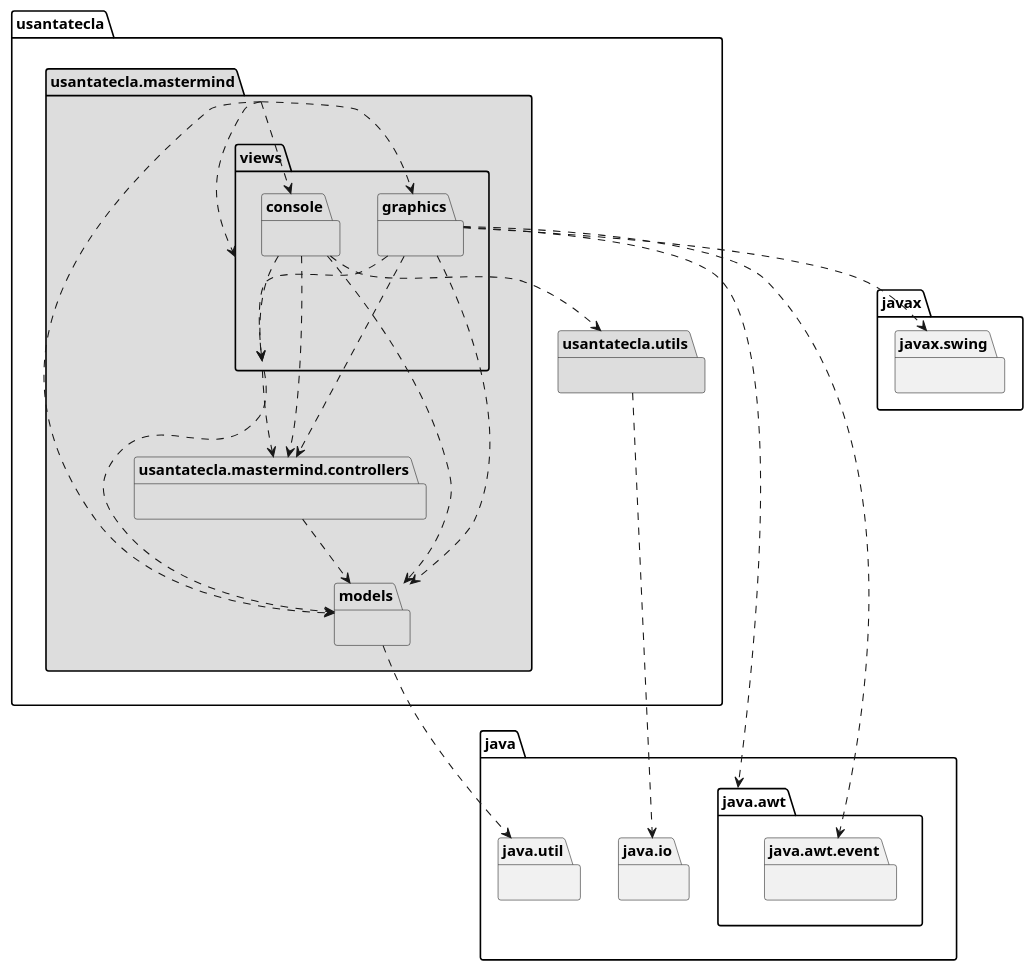
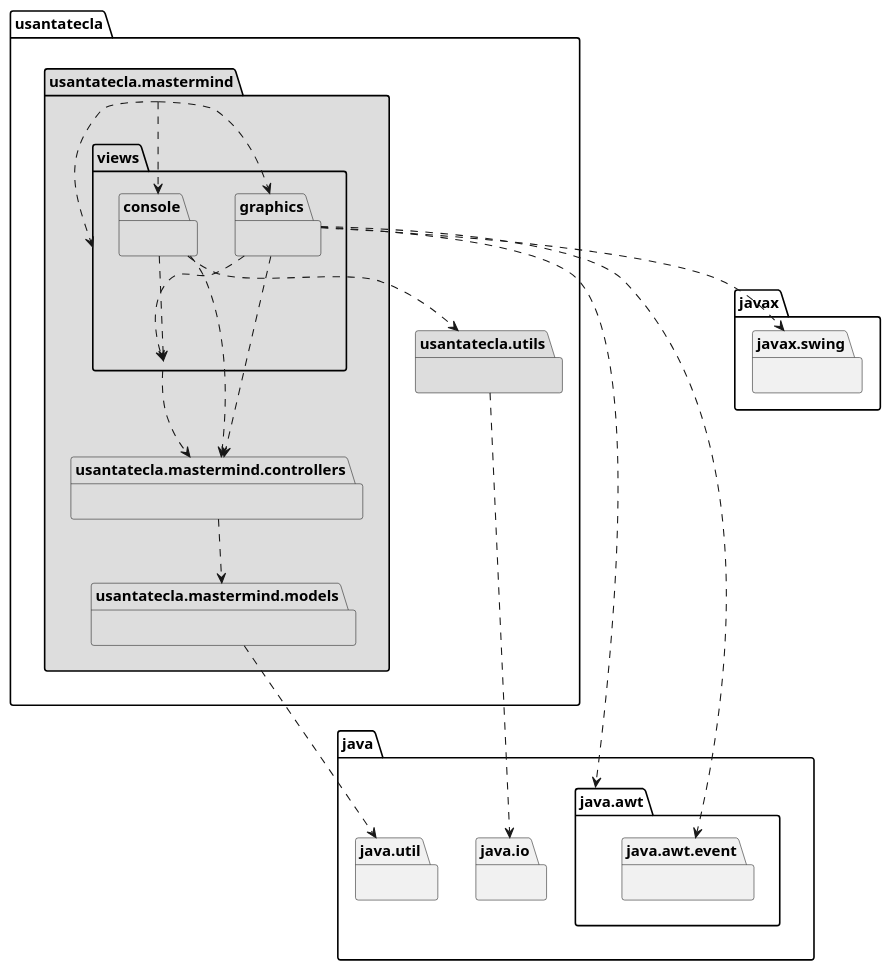
Before and after one commit to SantaTecla-mastermind/solution.java.swing.socket.sql: the diagram in modelViewPresenter/presentationModel/basic/docs/diagrams/src/arquitectura.plantuml, drawn with PlantUML. The commit also changed 4 other files, not shown here.

Commit message:
[mvp.pm.basic] Refactor diagrams

```diff
--- a/modelViewPresenter/presentationModel/basic/docs/diagrams/src/arquitectura.plantuml
+++ b/modelViewPresenter/presentationModel/basic/docs/diagrams/src/arquitectura.plantuml
@@ -1,41 +1,37 @@
 @startuml arquitectura
 
 package usantatecla.mastermind #DDDDDD { }
 usantatecla.mastermind ..> usantatecla.mastermind.views
-usantatecla.mastermind ..> usantatecla.mastermind.models
 usantatecla.mastermind ..> usantatecla.mastermind.views.console
 usantatecla.mastermind ..> usantatecla.mastermind.views.graphics
 
 package usantatecla.mastermind.models #DDDDDD { }
 package java.util{ }
 usantatecla.mastermind.models .down.> java.util
 
 package usantatecla.utils #DDDDDD { }
 package java.io{ }
 usantatecla.utils .down.> java.io
 
 package usantatecla.mastermind.views #DDDDDD { }
-usantatecla.mastermind.views .down.> usantatecla.mastermind.models
 
 package usantatecla.mastermind.views.graphics #DDDDDD { }
 package java.awt{ }
 usantatecla.mastermind.views.graphics .down.> java.awt
 package java.awt.event{ }
 usantatecla.mastermind.views.graphics .down.> java.awt.event
 usantatecla.mastermind.views.graphics .down.> usantatecla.mastermind.views
-usantatecla.mastermind.views.graphics .down.> usantatecla.mastermind.models
 package javax.swing{ }
 usantatecla.mastermind.views.graphics .down.> javax.swing
 
 package usantatecla.mastermind.views.console #DDDDDD { }
 usantatecla.mastermind.views.console .down.> usantatecla.mastermind.views
-usantatecla.mastermind.views.console .down.> usantatecla.mastermind.models
 usantatecla.mastermind.views.console .down.> usantatecla.utils
 
 package usantatecla.mastermind.controllers #DDDDDD { }
 usantatecla.mastermind.controllers .down.> usantatecla.mastermind.models
 usantatecla.mastermind.views.console .down.> usantatecla.mastermind.controllers
 usantatecla.mastermind.views.graphics .down.> usantatecla.mastermind.controllers
 usantatecla.mastermind.views .down.> usantatecla.mastermind.controllers
 
 @enduml
```
